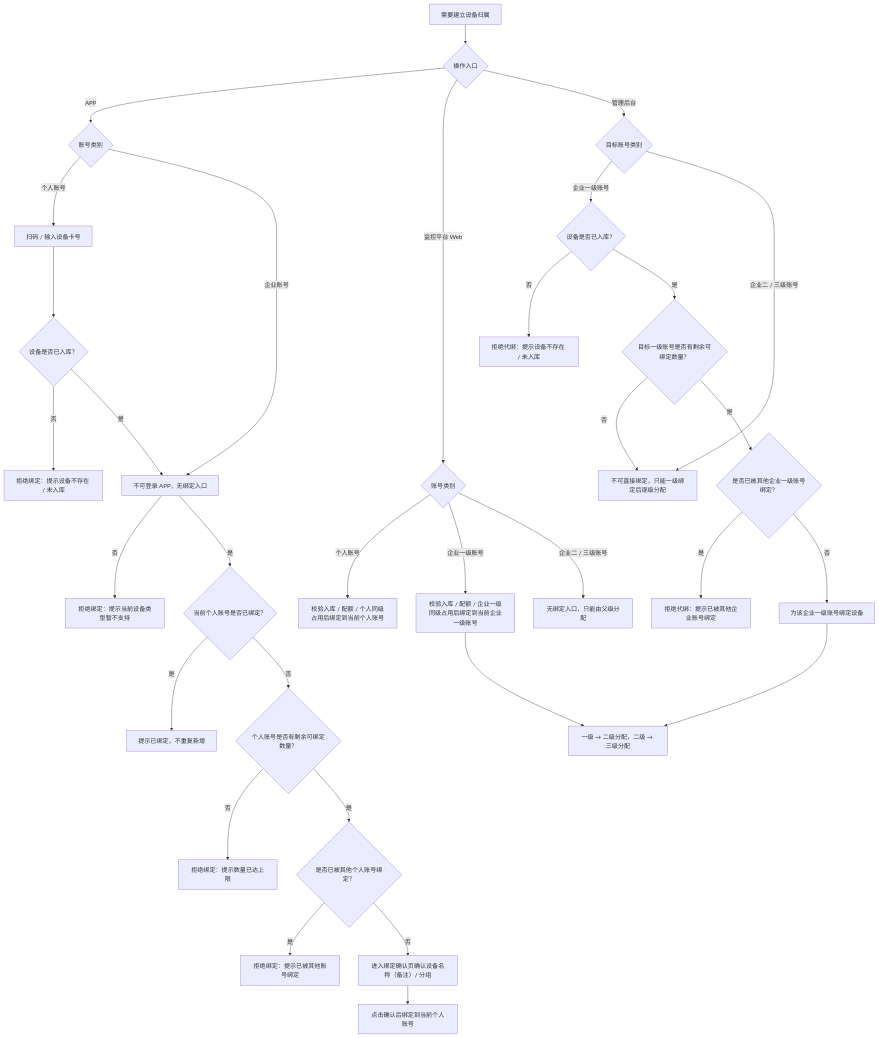
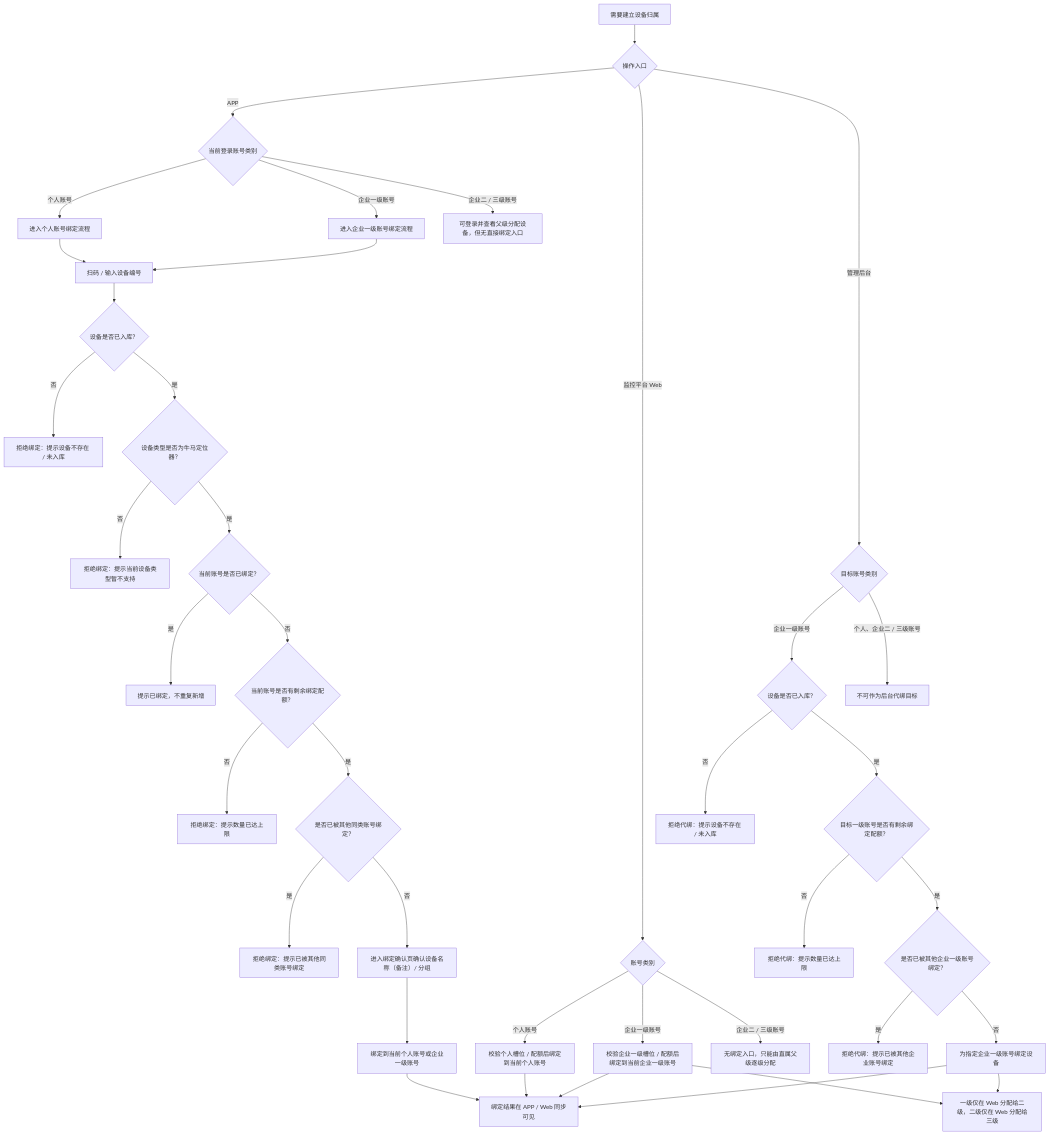
Before and after one commit to CuMgNa/skills: the fifth of 16 diagrams in docs/manuals/革泰/逻辑大纲/革泰 APP 设备管理逻辑点梳理 plan.md, drawn with Mermaid. The commit also changed other lines of this file and 38 other files, not shown here.

````diff
--- a/docs/manuals/革泰/逻辑大纲/革泰 APP 设备管理逻辑点梳理 plan.md
+++ b/docs/manuals/革泰/逻辑大纲/革泰 APP 设备管理逻辑点梳理 plan.md
@@ -343,36 +392,45 @@
 ```mermaid
 flowchart TD
     A["需要建立设备归属"] --> B{"操作入口"}
-    B -->|"APP"| C{"账号类别"}
-    C -->|"个人账号"| C1["扫码 / 输入设备卡号"]
-    C1 --> C2{"设备是否已入库？"}
-    C2 -->|"否"| C3["拒绝绑定：提示设备不存在 / 未入库"]
-    C2 -->|"是"| C4{"设备类型是否为牛马定位器？"}
-    C4 -->|"否"| C5["拒绝绑定：提示当前设备类型暂不支持"]
-    C4 -->|"是"| C6{"当前个人账号是否已绑定？"}
-    C6 -->|"是"| C7["提示已绑定，不重复新增"]
-    C6 -->|"否"| C8{"个人账号是否有剩余可绑定数量？"}
-    C8 -->|"否"| C9["拒绝绑定：提示数量已达上限"]
-    C8 -->|"是"| C10{"是否已被其他个人账号绑定？"}
-    C10 -->|"是"| C11["拒绝绑定：提示已被其他账号绑定"]
-    C10 -->|"否"| C12["进入绑定确认页确认设备名称（备注）/ 分组"]
-    C12 --> C13["点击确认后绑定到当前个人账号"]
-    C -->|"企业账号"| C4["不可登录 APP，无绑定入口"]
+
+    B -->|"APP"| C{"当前登录账号类别"}
+    C -->|"个人账号"| C1["进入个人账号绑定流程"]
+    C -->|"企业一级账号"| C2["进入企业一级账号绑定流程"]
+    C -->|"企业二 / 三级账号"| C3["可登录并查看父级分配设备，但无直接绑定入口"]
+    C1 --> C4["扫码 / 输入设备编号"]
+    C2 --> C4
+    C4 --> C5{"设备是否已入库？"}
+    C5 -->|"否"| C6["拒绝绑定：提示设备不存在 / 未入库"]
+    C5 -->|"是"| C7{"设备类型是否为牛马定位器？"}
+    C7 -->|"否"| C8["拒绝绑定：提示当前设备类型暂不支持"]
+    C7 -->|"是"| C9{"当前账号是否已绑定？"}
+    C9 -->|"是"| C10["提示已绑定，不重复新增"]
+    C9 -->|"否"| C11{"当前账号是否有剩余绑定配额？"}
+    C11 -->|"否"| C12["拒绝绑定：提示数量已达上限"]
+    C11 -->|"是"| C13{"是否已被其他同类账号绑定？"}
+    C13 -->|"是"| C14["拒绝绑定：提示已被其他同类账号绑定"]
+    C13 -->|"否"| C15["进入绑定确认页确认设备名称（备注）/ 分组"]
+    C15 --> C16["绑定到当前个人账号或企业一级账号"]
 
     B -->|"监控平台 Web"| D{"账号类别"}
-    D -->|"个人账号"| D1["校验入库 / 配额 / 个人同级占用后绑定到当前个人账号"]
-    D -->|"企业一级账号"| D2["校验入库 / 配额 / 企业一级同级占用后绑定到当前企业一级账号"]
-    D -->|"企业二 / 三级账号"| D3["无绑定入口，只能由父级分配"]
+    D -->|"个人账号"| D1["校验个人槽位 / 配额后绑定到当前个人账号"]
+    D -->|"企业一级账号"| D2["校验企业一级槽位 / 配额后绑定到当前企业一级账号"]
+    D -->|"企业二 / 三级账号"| D3["无绑定入口，只能由直属父级逐级分配"]
 
     B -->|"管理后台"| E{"目标账号类别"}
     E -->|"企业一级账号"| E1{"设备是否已入库？"}
     E1 -->|"否"| E2["拒绝代绑：提示设备不存在 / 未入库"]
-    E1 -->|"是"| E3{"目标一级账号是否有剩余可绑定数量？"}
+    E1 -->|"是"| E3{"目标一级账号是否有剩余绑定配额？"}
     E3 -->|"否"| E4["拒绝代绑：提示数量已达上限"]
     E3 -->|"是"| E5{"是否已被其他企业一级账号绑定？"}
     E5 -->|"是"| E6["拒绝代绑：提示已被其他企业账号绑定"]
-    E5 -->|"否"| E7["为该企业一级账号绑定设备"]
-    E -->|"企业二 / 三级账号"| E4["不可直接绑定，只能一级绑定后逐级分配"]
-    E7 --> F["一级 → 二级分配，二级 → 三级分配"]
+    E5 -->|"否"| E7["为指定企业一级账号绑定设备"]
+    E -->|"个人、企业二 / 三级账号"| E8["不可作为后台代绑目标"]
+
+    C16 --> F["绑定结果在 APP / Web 同步可见"]
+    D1 --> F
     D2 --> F
+    E7 --> F
+    D2 --> G["一级仅在 Web 分配给二级，二级仅在 Web 分配给三级"]
+    E7 --> G
 ```
````
